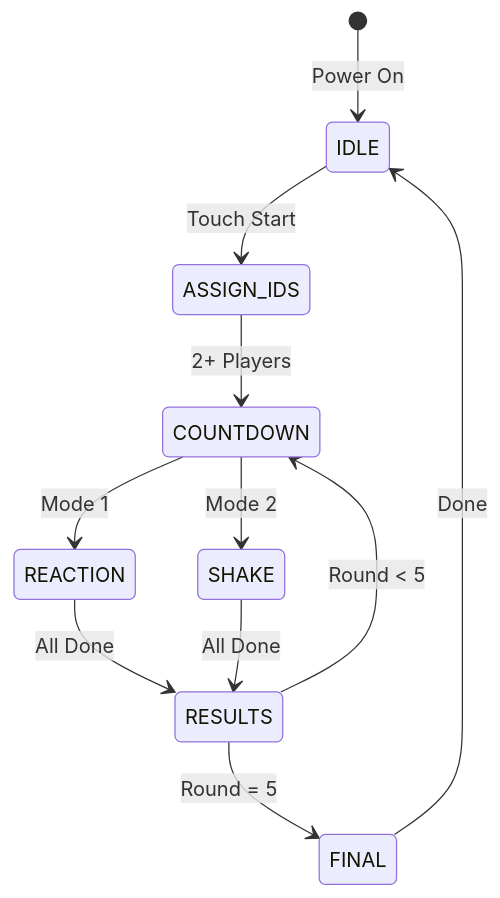
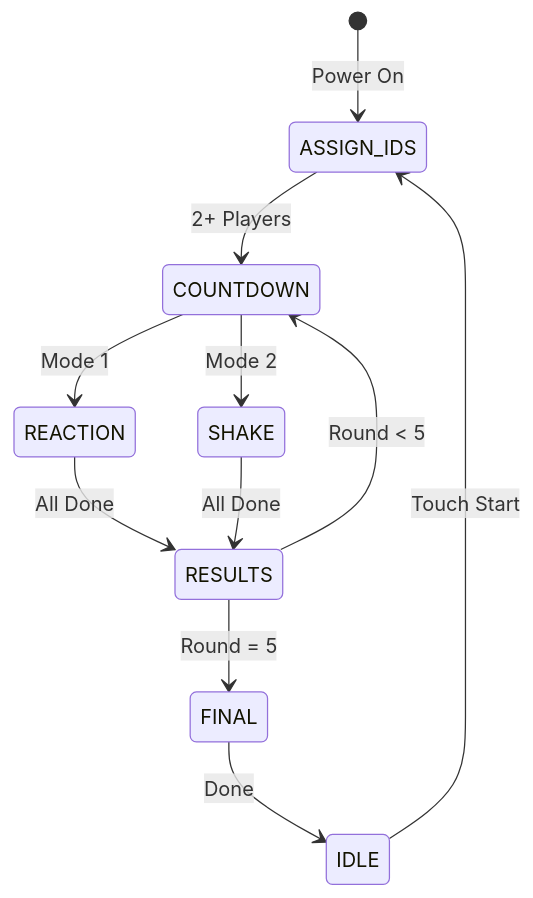
The diagram in README.md (Hydr0neFN/ReactionTimeDual), drawn with Mermaid before and after one commit. The commit also changed other lines of this file and 1 other file, not shown here.

Commit message:
made the game start as default

````diff
--- a/README.md
+++ b/README.md
@@ -184,13 +184,13 @@
 ```mermaid
 stateDiagram-v2
-    [*] --> IDLE: Power On
-    IDLE --> ASSIGN_IDS: Touch Start
+    [*] --> ASSIGN_IDS: Power On
     ASSIGN_IDS --> COUNTDOWN: 2+ Players
     COUNTDOWN --> REACTION: Mode 1
     COUNTDOWN --> SHAKE: Mode 2
     REACTION --> RESULTS: All Done
     SHAKE --> RESULTS: All Done
     RESULTS --> COUNTDOWN: Round < 5
     RESULTS --> FINAL: Round = 5
     FINAL --> IDLE: Done
+    IDLE --> ASSIGN_IDS: Touch Start
 ```
````
